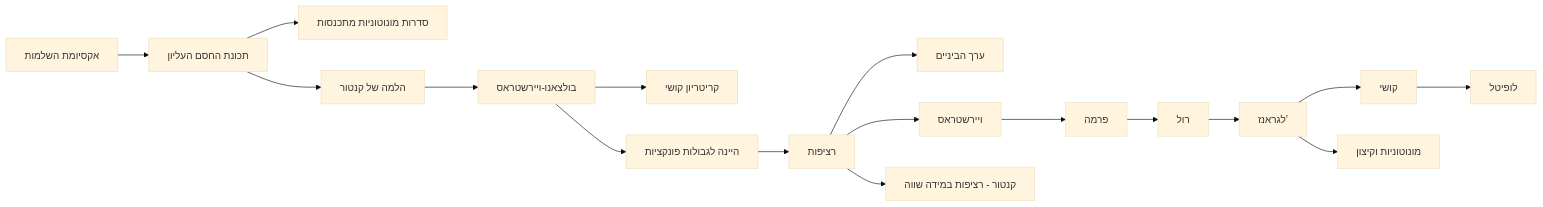
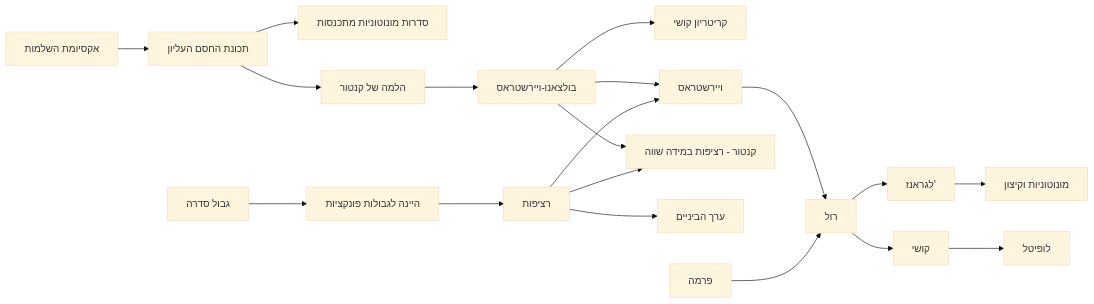
One commit to Moshiko-Sarig/Calc1-The-Open-University changed the diagram in חשבון אינפיסימטלי 1/00 - מרכז הכספת/מפת תלות משפטים - אינפי 1.md. Above: the diagram before and after it, drawn with Mermaid (base theme). The commit also changed 25 other files, not shown here.

````diff
--- a/חשבון אינפיסימטלי 1/00 - מרכז הכספת/מפת תלות משפטים - אינפי 1.md
+++ b/חשבון אינפיסימטלי 1/00 - מרכז הכספת/מפת תלות משפטים - אינפי 1.md
@@ -12,19 +12,21 @@
 ```mermaid
 flowchart LR
     R["אקסיומת השלמות"] --> S["תכונת החסם העליון"]
     S --> M["סדרות מונוטוניות מתכנסות"]
     S --> K["הלמה של קנטור"]
     K --> BW["בולצאנו-ויירשטראס"]
     BW --> C["קריטריון קושי"]
-    BW --> H["היינה לגבולות פונקציות"]
+    SEQ["גבול סדרה"] --> H["היינה לגבולות פונקציות"]
     H --> CON["רציפות"]
+    BW --> W
+    BW --> UC
     CON --> IVT["ערך הביניים"]
     CON --> W["ויירשטראס"]
     CON --> UC["קנטור - רציפות במידה שווה"]
-    W --> F["פרמה"]
-    F --> ROL["רול"]
+    W --> ROL["רול"]
+    F["פרמה"] --> ROL
     ROL --> MVT["לגראנז'"]
-    MVT --> CMVT["קושי"]
+    ROL --> CMVT["קושי"]
     CMVT --> LH["לופיטל"]
     MVT --> MON["מונוטוניות וקיצון"]
 ```
````
